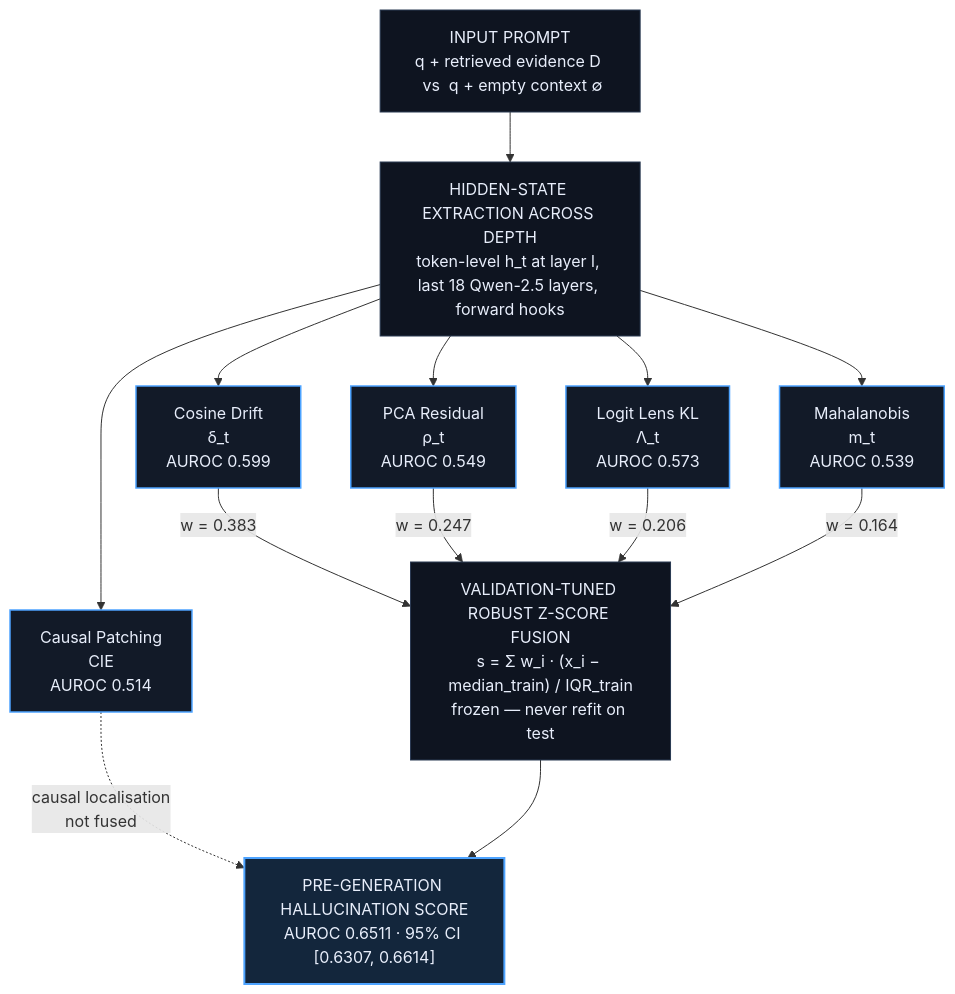
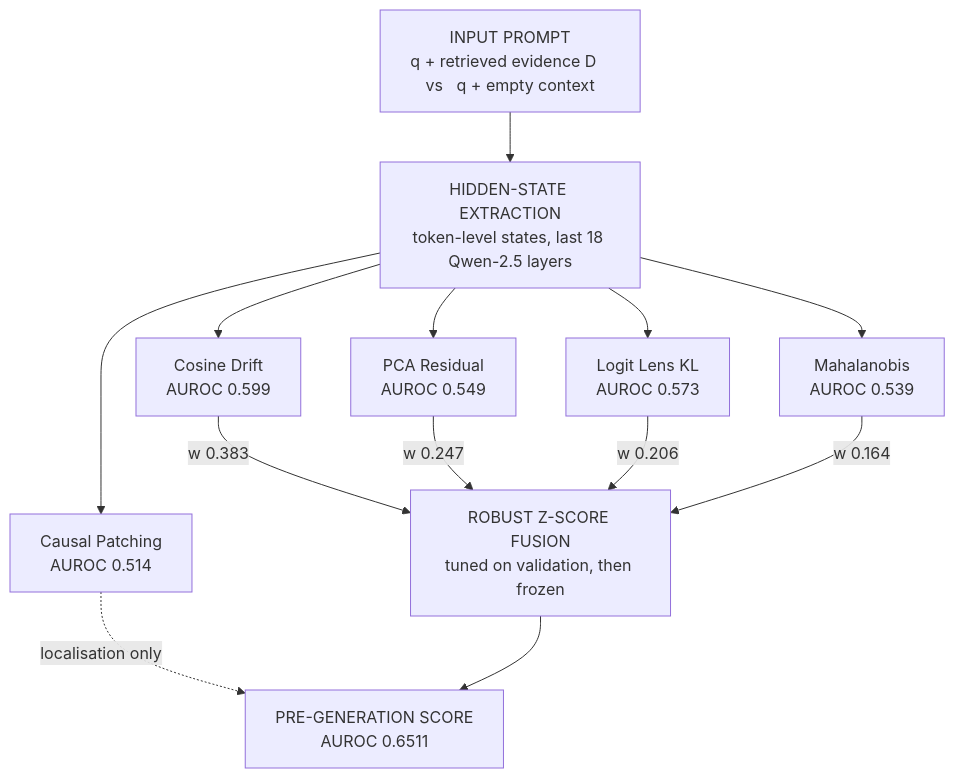
Before and after one commit to Chirudeva-Reddy/NLP-Proj: the diagram in README.md, drawn with Mermaid.

Commit message:
docs: simplify mermaid diagram for GitHub's renderer

````diff
--- a/README.md
+++ b/README.md
@@ -39,34 +39,25 @@
 ```mermaid
 flowchart TD
-    A["INPUT PROMPT<br/>q + retrieved evidence D &nbsp;vs&nbsp; q + empty context ∅"]
-    B["HIDDEN-STATE EXTRACTION ACROSS DEPTH<br/>token-level h_t at layer l, last 18 Qwen-2.5 layers, forward hooks"]
-
-    C1["Cosine Drift<br/>δ_t<br/>AUROC 0.599"]
-    C2["Mahalanobis<br/>m_t<br/>AUROC 0.539"]
-    C3["Logit Lens KL<br/>Λ_t<br/>AUROC 0.573"]
-    C4["PCA Residual<br/>ρ_t<br/>AUROC 0.549"]
-    C5["Causal Patching<br/>CIE<br/>AUROC 0.514"]
-
-    D["VALIDATION-TUNED ROBUST Z-SCORE FUSION<br/>s = Σ w_i · (x_i − median_train) / IQR_train<br/>frozen — never refit on test"]
-    E["PRE-GENERATION HALLUCINATION SCORE<br/>AUROC 0.6511 · 95% CI [0.6307, 0.6614]"]
+    A["INPUT PROMPT<br/>q + retrieved evidence D &nbsp; vs &nbsp; q + empty context"]
+    B["HIDDEN-STATE EXTRACTION<br/>token-level states, last 18 Qwen-2.5 layers"]
+    C1["Cosine Drift<br/>AUROC 0.599"]
+    C2["Mahalanobis<br/>AUROC 0.539"]
+    C3["Logit Lens KL<br/>AUROC 0.573"]
+    C4["PCA Residual<br/>AUROC 0.549"]
+    C5["Causal Patching<br/>AUROC 0.514"]
+    D["ROBUST Z-SCORE FUSION<br/>tuned on validation, then frozen"]
+    E["PRE-GENERATION SCORE<br/>AUROC 0.6511"]
 
     A --> B
     B --> C1
     B --> C2
     B --> C3
     B --> C4
     B --> C5
-    C1 -->|"w = 0.383"| D
-    C4 -->|"w = 0.247"| D
-    C3 -->|"w = 0.206"| D
-    C2 -->|"w = 0.164"| D
-    C5 -.->|"causal localisation<br/>not fused"| E
+    C1 -->|w 0.383| D
+    C4 -->|w 0.247| D
+    C3 -->|w 0.206| D
+    C2 -->|w 0.164| D
+    C5 -.->|localisation only| E
     D --> E
-
-    classDef sig fill:#121a28,stroke:#4da3ff,stroke-width:1.5px,color:#e8eefb
-    classDef stage fill:#0e1420,stroke:#2a3a52,color:#e8eefb
-    classDef out fill:#13263c,stroke:#4da3ff,stroke-width:2px,color:#e8eefb
-    class C1,C2,C3,C4,C5 sig
-    class A,B,D stage
-    class E out
 ```
````
